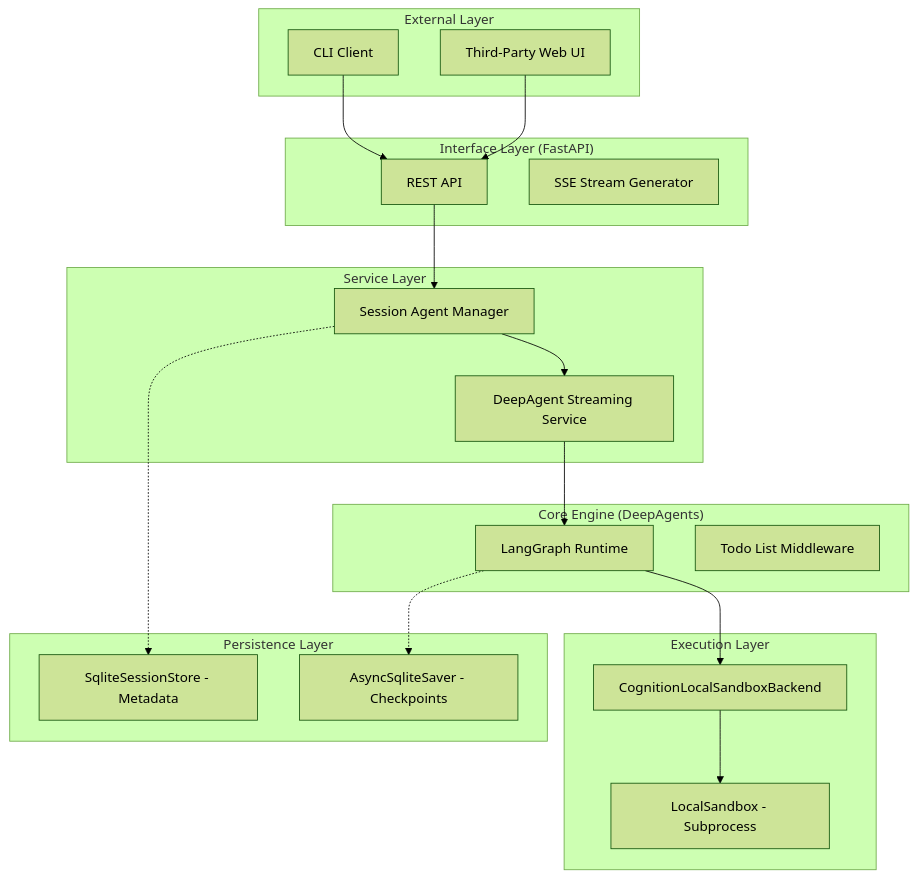
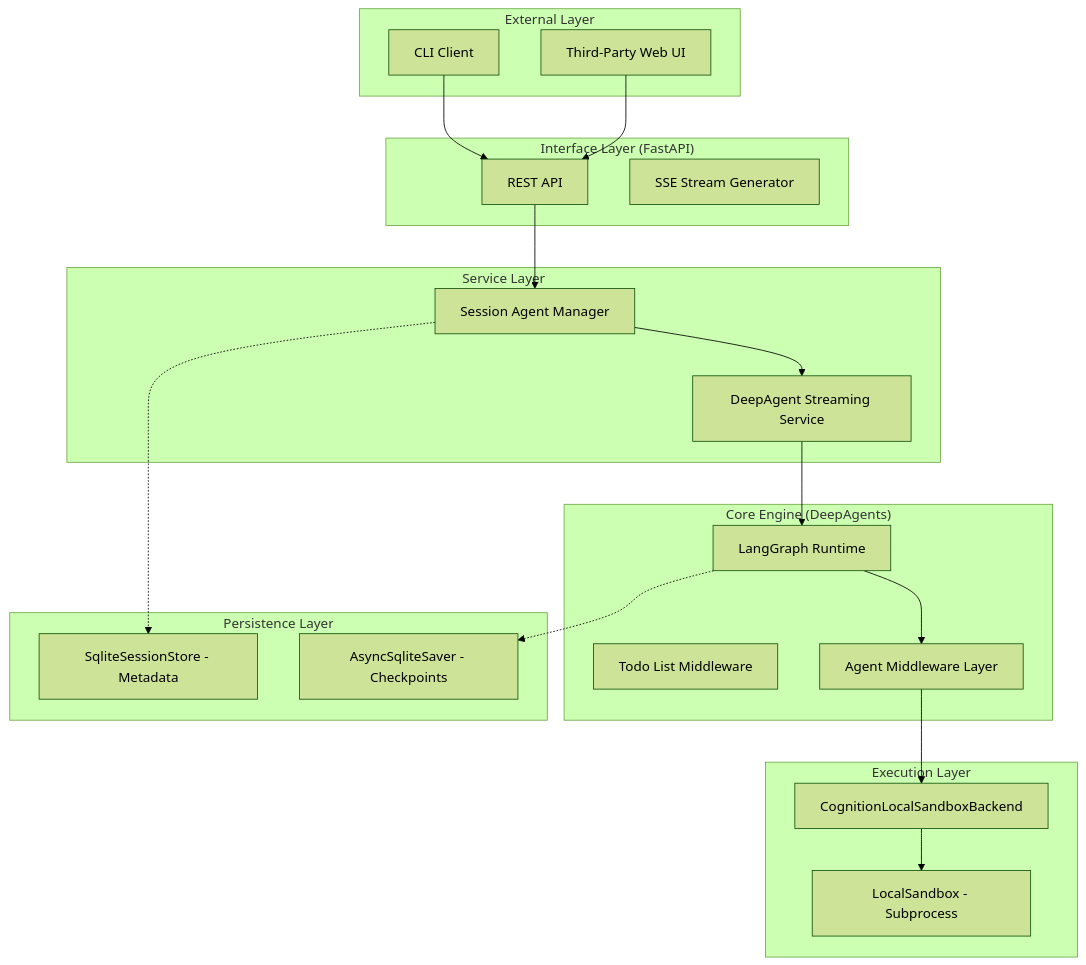
One commit to CognicellAI/Cognition changed the diagram in docs/v2/concepts/architecture.md. Above: the diagram before and after it, drawn with Mermaid (forest theme). The commit also changed other lines of this file and 28 other files, not shown here.

````diff
--- a/docs/v2/concepts/architecture.md
+++ b/docs/v2/concepts/architecture.md
@@ -11,42 +11,44 @@
 ```mermaid
 graph TD
     subgraph "External Layer"
         CLI[CLI Client]
         WEB[Third-Party Web UI]
     end
 
     subgraph "Interface Layer (FastAPI)"
         REST[REST API]
         SSE[SSE Stream Generator]
     end
 
     subgraph "Service Layer"
         Manager[Session Agent Manager]
         Streaming[DeepAgent Streaming Service]
     end
 
     subgraph "Core Engine (DeepAgents)"
         Runtime[LangGraph Runtime]
         Planner[Todo List Middleware]
+        Middleware[Agent Middleware Layer]
     end
 
     subgraph "Execution Layer"
         Backend[CognitionLocalSandboxBackend]
         Sandbox[LocalSandbox - Subprocess]
     end
 
     subgraph "Persistence Layer"
         Store[SqliteSessionStore - Metadata]
         Saver[AsyncSqliteSaver - Checkpoints]
     end
 
     CLI --> REST
     WEB --> REST
     REST --> Manager
     Manager --> Streaming
     Streaming --> Runtime
-    Runtime --> Backend
+    Runtime --> Middleware
+    Middleware --> Backend
     Backend --> Sandbox
     Runtime -.-> Saver
     Manager -.-> Store
 ```
````
